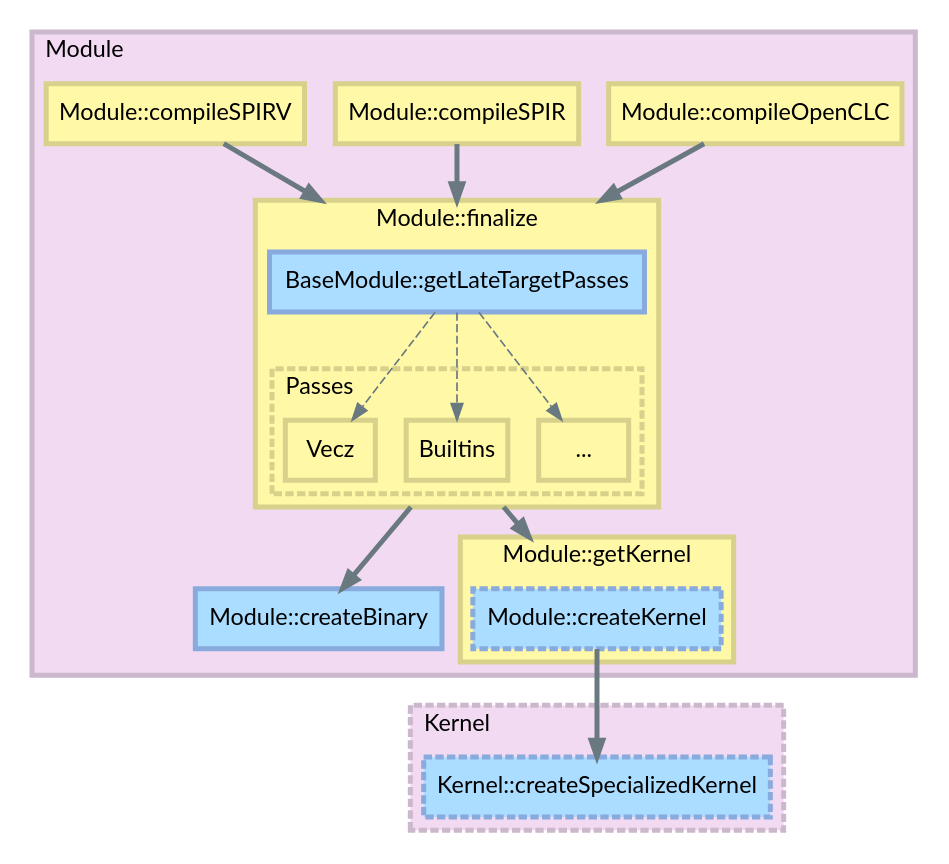
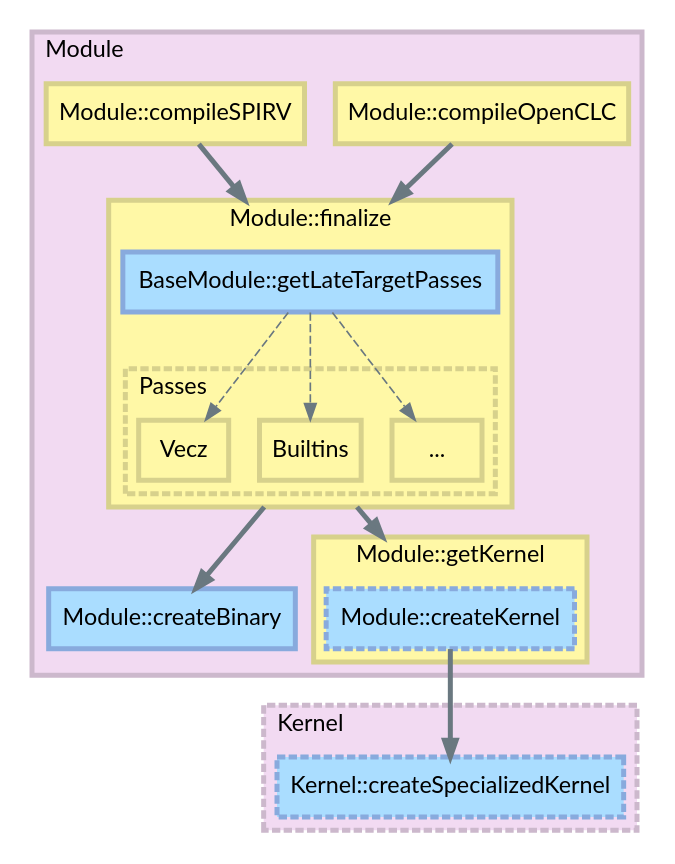
The diagram in doc/overview/introduction/diagram-compiler-view.rst (uxlfoundation/oneapi-construction-kit), drawn with Graphviz before and after one commit. The commit also changed 875 other files, not shown here.

```diff
--- a/doc/overview/introduction/diagram-compiler-view.rst
+++ b/doc/overview/introduction/diagram-compiler-view.rst
@@ -19,13 +19,6 @@
 
       clc [
         label="Module::compileOpenCLC"
-        style="filled"
-        shape=box
-        fillcolor="#fff8a6"
-        color="#d7d18c"
-        penwidth=3]
-      spir [
-        label="Module::compileSPIR"
         style="filled"
         shape=box
         fillcolor="#fff8a6"
@@ -113,7 +106,6 @@
       }
 
         clc -> module_backend [lhead=cluster_module_finalize color="#6a7880" penwidth=3]
-        spir -> module_backend [lhead=cluster_module_finalize color="#6a7880" penwidth=3]
         spirv -> module_backend [lhead=cluster_module_finalize color="#6a7880" penwidth=3]
         passes_vecz -> module_create_binary [style=invis]
         passes_others -> module_create_kernel [style=invis]
```
